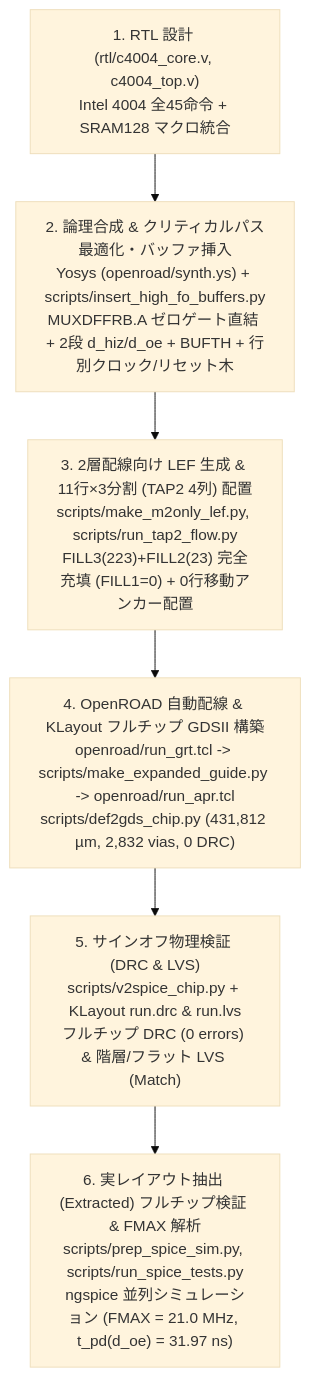
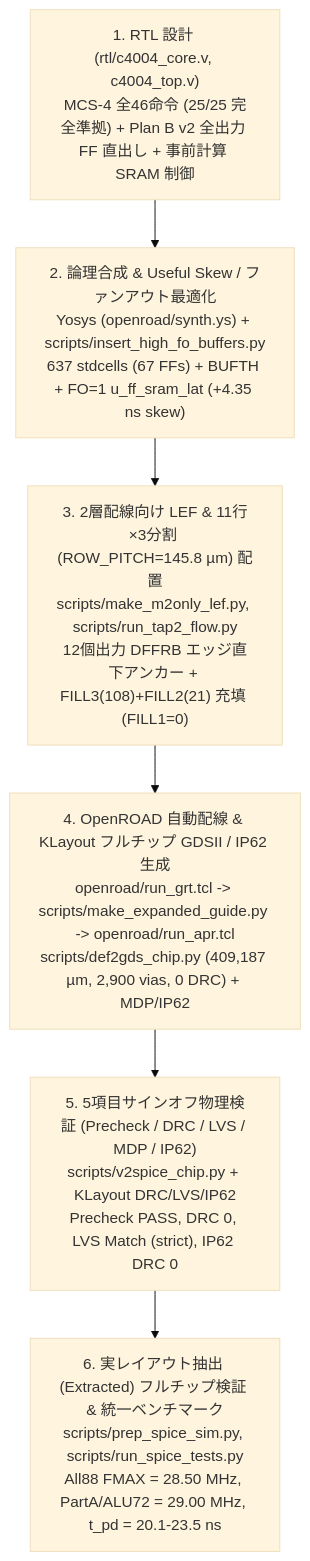
Before and after one commit to jun1okamura/TR-1um_C4004: the diagram in README.md, drawn with Mermaid (base theme). The commit also changed other lines of this file and 107 other files, not shown here.

First line of the commit message:
Implement Plan B v2 + Full MCS-4 (25/25): All88 FMAX=28.50MHz, PartA/ALU72=29.00MHz, tpd=20.1-23.5ns, WL=409.2mm, 0 FILL1, 0 DRC, LVS Match

````diff
--- a/README.md
+++ b/README.md
@@ -79,8 +84,8 @@
 ```mermaid
 flowchart TD
-    A["1. RTL 設計 (rtl/c4004_core.v, c4004_top.v)<br/>Intel 4004 全45命令 + SRAM128 マクロ統合"] --> B["2. 論理合成 & クリティカルパス最適化・バッファ挿入<br/>Yosys (openroad/synth.ys) + scripts/insert_high_fo_buffers.py<br/>MUXDFFRB.A ゼロゲート直結 + 2段 d_hiz/d_oe + BUFTH + 行別クロック/リセット木"]
-    B --> C["3. 2層配線向け LEF 生成 & 11行×3分割 (TAP2 4列) 配置<br/>scripts/make_m2only_lef.py, scripts/run_tap2_flow.py<br/>FILL3(223)+FILL2(23) 完全充填 (FILL1=0) + 0行移動アンカー配置"]
-    C --> D["4. OpenROAD 自動配線 & KLayout フルチップ GDSII 構築<br/>openroad/run_grt.tcl -> scripts/make_expanded_guide.py -> openroad/run_apr.tcl<br/>scripts/def2gds_chip.py (431,812 µm, 2,832 vias, 0 DRC)"]
-    D --> E["5. サインオフ物理検証 (DRC & LVS)<br/>scripts/v2spice_chip.py + KLayout run.drc & run.lvs<br/>フルチップ DRC (0 errors) & 階層/フラット LVS (Match)"]
-    E --> F["6. 実レイアウト抽出 (Extracted) フルチップ検証 & FMAX 解析<br/>scripts/prep_spice_sim.py, scripts/run_spice_tests.py<br/>ngspice 並列シミュレーション (FMAX = 21.0 MHz, t_pd(d_oe) = 31.97 ns)"]
+    A["1. RTL 設計 (rtl/c4004_core.v, c4004_top.v)<br/>MCS-4 全46命令 (25/25 完全準拠) + Plan B v2 全出力 FF 直出し + 事前計算 SRAM 制御"] --> B["2. 論理合成 & Useful Skew / ファンアウト最適化<br/>Yosys (openroad/synth.ys) + scripts/insert_high_fo_buffers.py<br/>637 stdcells (67 FFs) + BUFTH + FO=1 u_ff_sram_lat (+4.35 ns skew)"]
+    B --> C["3. 2層配線向け LEF & 11行×3分割 (ROW_PITCH=145.8 µm) 配置<br/>scripts/make_m2only_lef.py, scripts/run_tap2_flow.py<br/>12個出力 DFFRB エッジ直下アンカー + FILL3(108)+FILL2(21) 充填 (FILL1=0)"]
+    C --> D["4. OpenROAD 自動配線 & KLayout フルチップ GDSII / IP62 生成<br/>openroad/run_grt.tcl -> scripts/make_expanded_guide.py -> openroad/run_apr.tcl<br/>scripts/def2gds_chip.py (409,187 µm, 2,900 vias, 0 DRC) + MDP/IP62"]
+    D --> E["5. 5項目サインオフ物理検証 (Precheck / DRC / LVS / MDP / IP62)<br/>scripts/v2spice_chip.py + KLayout DRC/LVS/IP62<br/>Precheck PASS, DRC 0, LVS Match (strict), IP62 DRC 0"]
+    E --> F["6. 実レイアウト抽出 (Extracted) フルチップ検証 & 統一ベンチマーク<br/>scripts/prep_spice_sim.py, scripts/run_spice_tests.py<br/>All88 FMAX = 28.50 MHz, PartA/ALU72 = 29.00 MHz, t_pd = 20.1-23.5 ns"]
 ```
````
